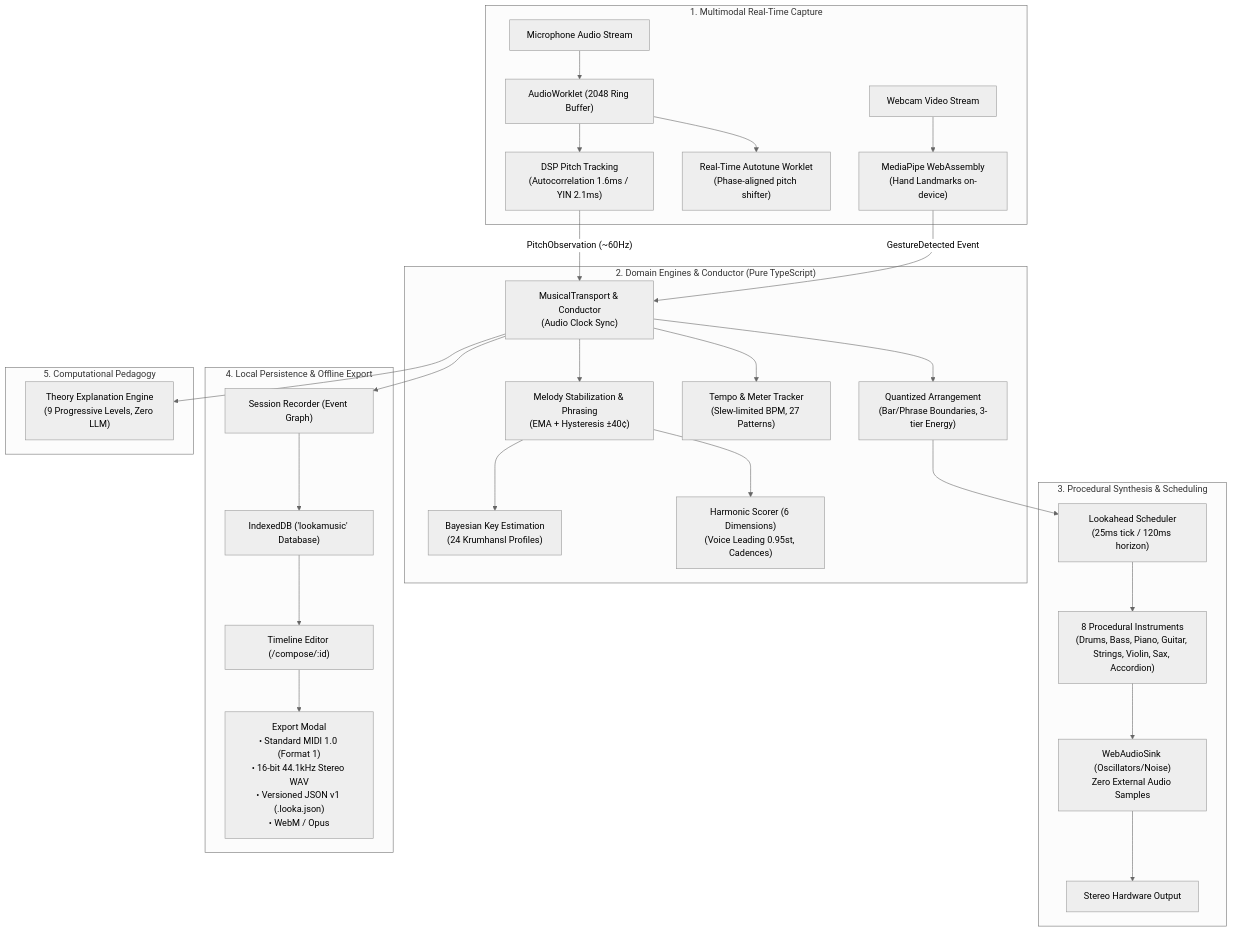
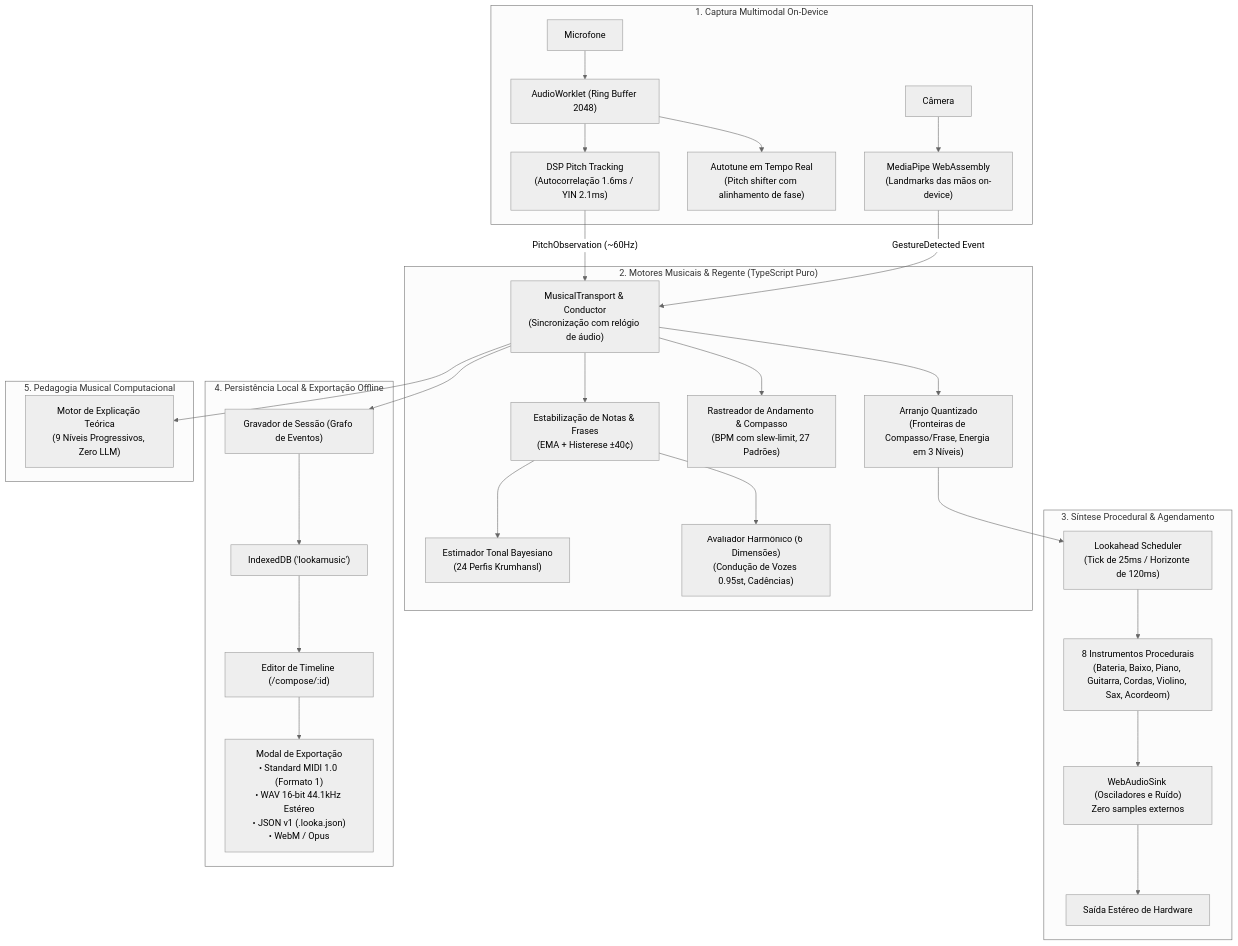
The diagram in README.md (lucasmartins-ai/lookamusic), drawn with Mermaid (neutral theme) before and after one commit. The commit also changed other lines of this file, not shown here.

Commit message:
docs: detalha release v1.1.0 no README com guia de PWA e Tauri v2

````diff
--- a/README.md
+++ b/README.md
@@ -99,38 +146,38 @@
 ```mermaid
 flowchart TD
-    subgraph INPUT ["1. Multimodal Real-Time Capture"]
-        MIC["Microphone Audio Stream"] --> WORKLET["AudioWorklet (2048 Ring Buffer)"]
-        WORKLET --> DSP["DSP Pitch Tracking\n(Autocorrelation 1.6ms / YIN 2.1ms)"]
-        WORKLET --> AT["Real-Time Autotune Worklet\n(Phase-aligned pitch shifter)"]
-        CAM["Webcam Video Stream"] --> VISION["MediaPipe WebAssembly\n(Hand Landmarks on-device)"]
+    subgraph INPUT ["1. Captura Multimodal On-Device"]
+        MIC["Microfone"] --> WORKLET["AudioWorklet (Ring Buffer 2048)"]
+        WORKLET --> DSP["DSP Pitch Tracking\n(Autocorrelação 1.6ms / YIN 2.1ms)"]
+        WORKLET --> AT["Autotune em Tempo Real\n(Pitch shifter com alinhamento de fase)"]
+        CAM["Câmera"] --> VISION["MediaPipe WebAssembly\n(Landmarks das mãos on-device)"]
     end
 
-    subgraph ENGINE ["2. Domain Engines & Conductor (Pure TypeScript)"]
-        DSP -->|"PitchObservation (~60Hz)"| COND["MusicalTransport & Conductor\n(Audio Clock Sync)"]
+    subgraph ENGINE ["2. Motores Musicais & Regente (TypeScript Puro)"]
+        DSP -->|"PitchObservation (~60Hz)"| COND["MusicalTransport & Conductor\n(Sincronização com relógio de áudio)"]
         VISION -->|"GestureDetected Event"| COND
         
-        COND --> MELODY["Melody Stabilization & Phrasing\n(EMA + Hysteresis ±40¢)"]
-        MELODY --> KEY["Bayesian Key Estimation\n(24 Krumhansl Profiles)"]
-        MELODY --> HARMONY["Harmonic Scorer (6 Dimensions)\n(Voice Leading 0.95st, Cadences)"]
-        COND --> RHYTHM["Tempo & Meter Tracker\n(Slew-limited BPM, 27 Patterns)"]
-        COND --> ARR["Quantized Arrangement\n(Bar/Phrase Boundaries, 3-tier Energy)"]
+        COND --> MELODY["Estabilização de Notas & Frases\n(EMA + Histerese ±40¢)"]
+        MELODY --> KEY["Estimador Tonal Bayesiano\n(24 Perfis Krumhansl)"]
+        MELODY --> HARMONY["Avaliador Harmônico (6 Dimensões)\n(Condução de Vozes 0.95st, Cadências)"]
+        COND --> RHYTHM["Rastreador de Andamento & Compasso\n(BPM com slew-limit, 27 Padrões)"]
+        COND --> ARR["Arranjo Quantizado\n(Fronteiras de Compasso/Frase, Energia em 3 Níveis)"]
     end
 
-    subgraph SYNTHESIS ["3. Procedural Synthesis & Scheduling"]
-        ARR --> SCHED["Lookahead Scheduler\n(25ms tick / 120ms horizon)"]
-        SCHED --> ENGINES["8 Procedural Instruments\n(Drums, Bass, Piano, Guitar, Strings, Violin, Sax, Accordion)"]
-        ENGINES --> SINK["WebAudioSink (Oscillators/Noise)\nZero External Audio Samples"]
-        SINK --> AUDIO_OUT["Stereo Hardware Output"]
+    subgraph SYNTHESIS ["3. Síntese Procedural & Agendamento"]
+        ARR --> SCHED["Lookahead Scheduler\n(Tick de 25ms / Horizonte de 120ms)"]
+        SCHED --> ENGINES["8 Instrumentos Procedurais\n(Bateria, Baixo, Piano, Guitarra, Cordas, Violino, Sax, Acordeom)"]
+        ENGINES --> SINK["WebAudioSink (Osciladores e Ruído)\nZero samples externos"]
+        SINK --> AUDIO_OUT["Saída Estéreo de Hardware"]
     end
 
-    subgraph STORAGE_EXPORT ["4. Local Persistence & Offline Export"]
-        COND --> RECORDER["Session Recorder (Event Graph)"]
-        RECORDER --> IDB["IndexedDB ('lookamusic' Database)"]
-        IDB --> EDITOR["Timeline Editor (/compose/:id)"]
-        EDITOR --> EXPORT["Export Modal\n• Standard MIDI 1.0 (Format 1)\n• 16-bit 44.1kHz Stereo WAV\n• Versioned JSON v1 (.looka.json)\n• WebM / Opus"]
+    subgraph STORAGE_EXPORT ["4. Persistência Local & Exportação Offline"]
+        COND --> RECORDER["Gravador de Sessão (Grafo de Eventos)"]
+        RECORDER --> IDB["IndexedDB ('lookamusic')"]
+        IDB --> EDITOR["Editor de Timeline (/compose/:id)"]
+        EDITOR --> EXPORT["Modal de Exportação\n• Standard MIDI 1.0 (Formato 1)\n• WAV 16-bit 44.1kHz Estéreo\n• JSON v1 (.looka.json)\n• WebM / Opus"]
     end
 
-    subgraph PEDAGOGY ["5. Computational Pedagogy"]
-        COND --> LEARN["Theory Explanation Engine\n(9 Progressive Levels, Zero LLM)"]
+    subgraph PEDAGOGY ["5. Pedagogia Musical Computacional"]
+        COND --> LEARN["Motor de Explicação Teórica\n(9 Níveis Progressivos, Zero LLM)"]
     end
 ```
````
